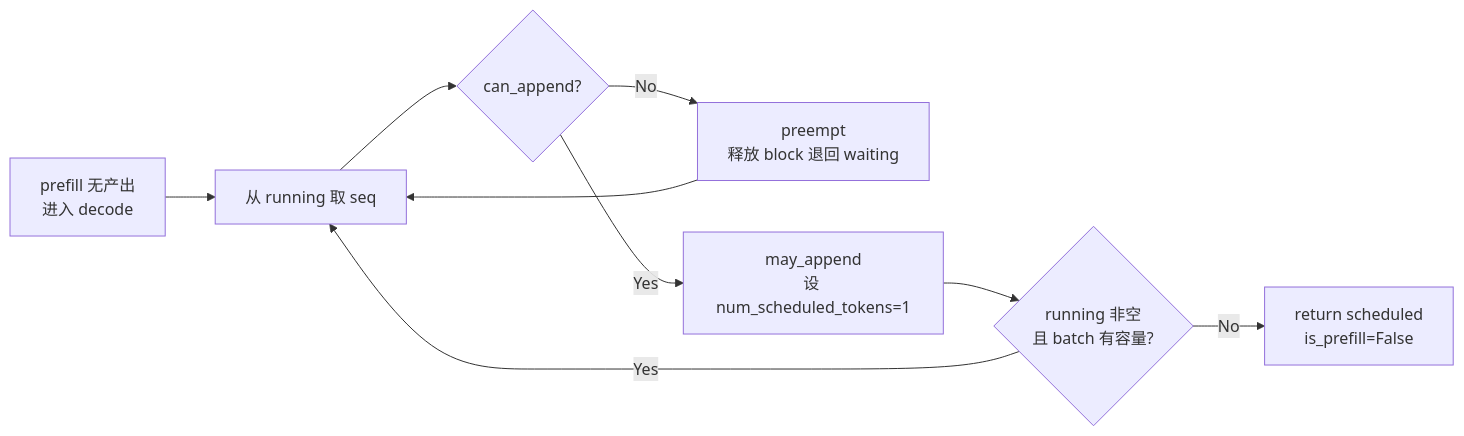
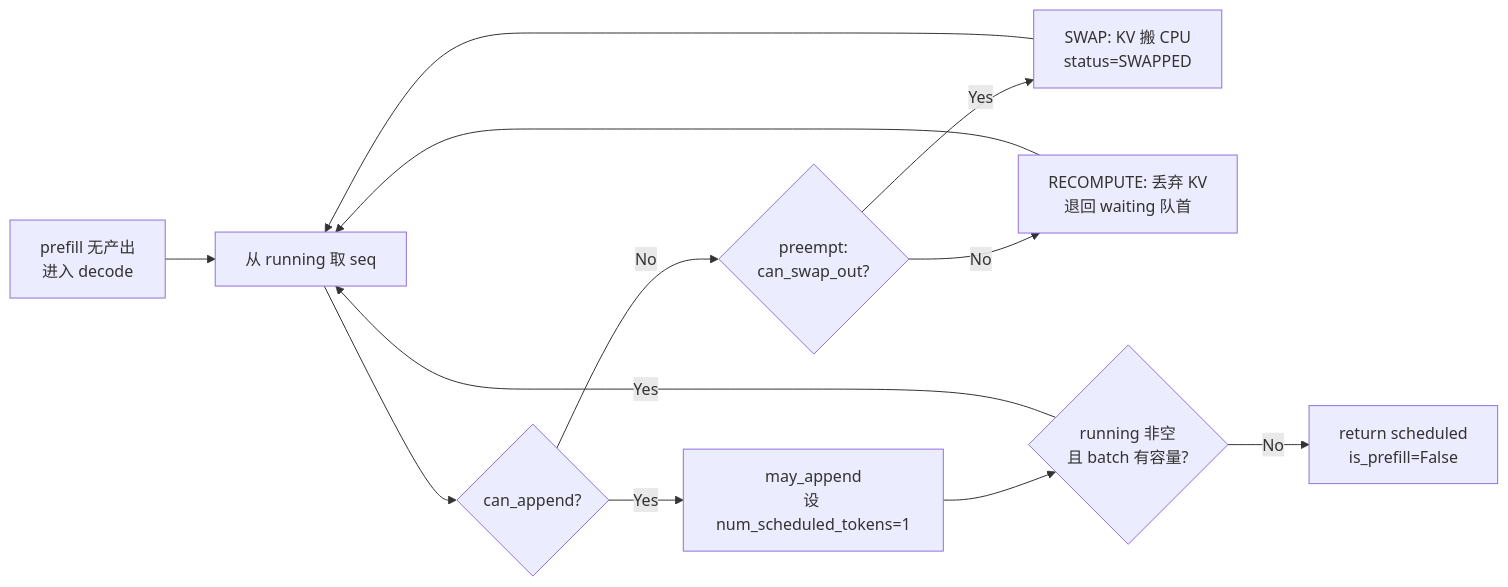
The third of 4 diagrams in docs/llm-inference-visual/slides/slides.03.md (ForceInjection/nano-vllm), drawn with Mermaid before and after one commit. The commit also changed other lines of this file and 14 other files, not shown here.

````diff
--- a/docs/llm-inference-visual/slides/slides.03.md
+++ b/docs/llm-inference-visual/slides/slides.03.md
@@ -337,11 +346,14 @@
 ```mermaid {scale: 0.65}
 flowchart LR
     DE["prefill 无产出<br/>进入 decode"] --> DE1["从 running 取 seq"]
     DE1 --> DE2{"can_append?"}
-    DE2 -- No --> DE3["preempt<br/>释放 block 退回 waiting"]
-    DE3 --> DE1
-    DE2 -- Yes --> DE4["may_append<br/>设 num_scheduled_tokens=1"]
-    DE4 --> DE5{"running 非空<br/>且 batch 有容量?"}
-    DE5 -- Yes --> DE1
-    DE5 -- No --> RetD["return scheduled<br/>is_prefill=False"]
+    DE2 -- No --> DE3{"preempt:<br/>can_swap_out?"}
+    DE3 -- Yes --> DE4["SWAP: KV 搬 CPU<br/>status=SWAPPED"]
+    DE3 -- No --> DE5["RECOMPUTE: 丢弃 KV<br/>退回 waiting 队首"]
+    DE4 --> DE1
+    DE5 --> DE1
+    DE2 -- Yes --> DE6["may_append<br/>设 num_scheduled_tokens=1"]
+    DE6 --> DE7{"running 非空<br/>且 batch 有容量?"}
+    DE7 -- Yes --> DE1
+    DE7 -- No --> RetD["return scheduled<br/>is_prefill=False"]
 ```
````
